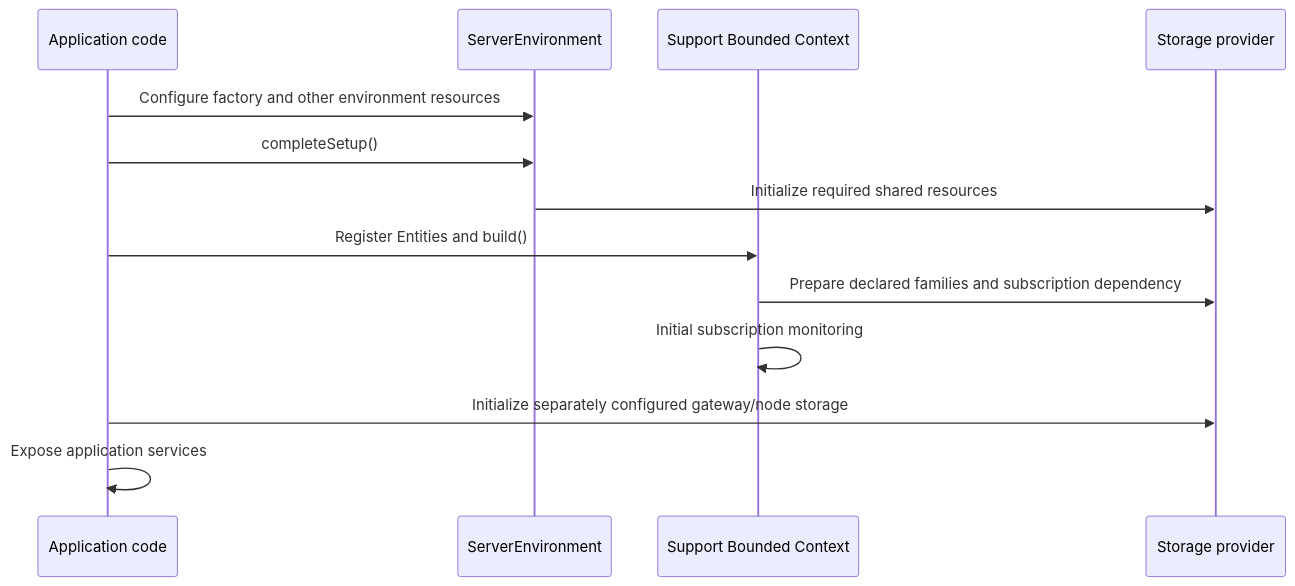
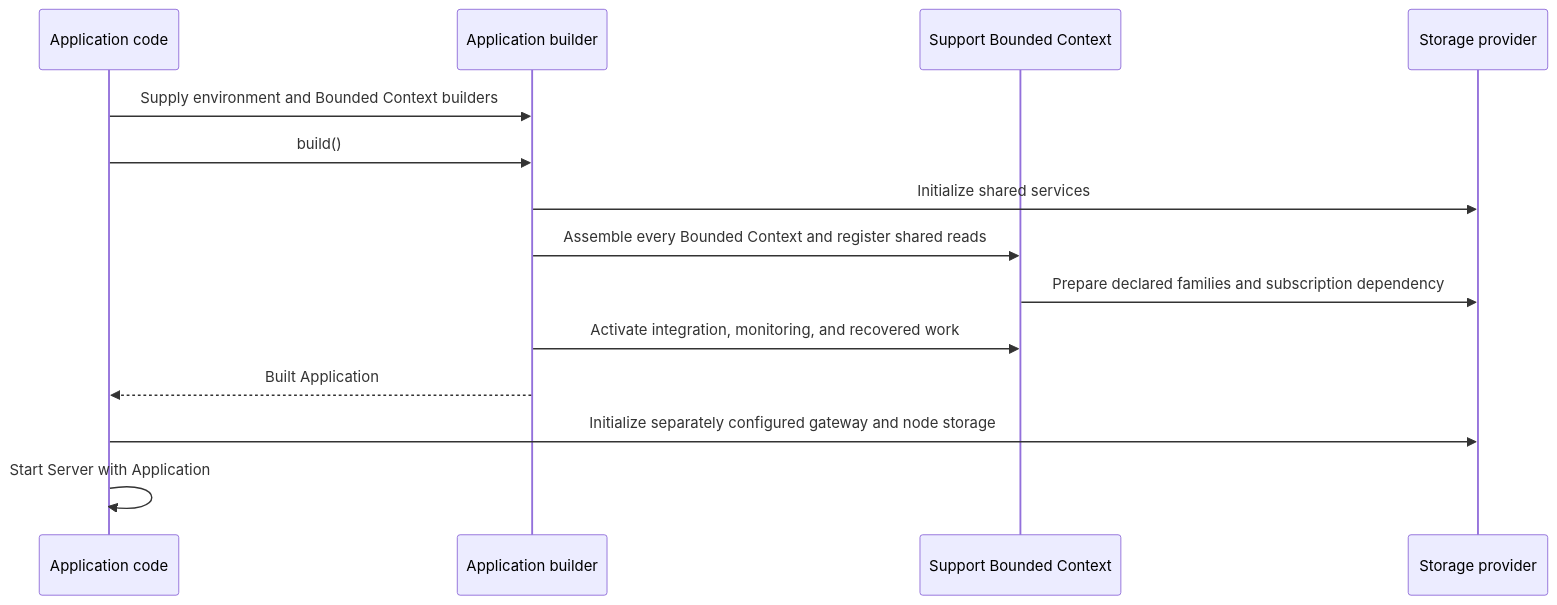
Before and after one commit to SpineEventEngine/spine-ts: the third of 3 diagrams in docs/STORAGE_LAYOUT.md, drawn with Mermaid. The commit also changed other lines of this file and 183 other files, not shown here.

````diff
--- a/docs/STORAGE_LAYOUT.md
+++ b/docs/STORAGE_LAYOUT.md
@@ -5358,15 +5379,16 @@
 ```mermaid
 sequenceDiagram
-  participant App as Application code
-  participant Env as ServerEnvironment
+  participant Host as Application code
+  participant App as Application builder
   participant BC as Support Bounded Context
   participant DB as Storage provider
-  App->>Env: Configure factory and other environment resources
-  App->>Env: completeSetup()
-  Env->>DB: Initialize required shared resources
-  App->>BC: Register Entities and build()
+  Host->>App: Supply environment and Bounded Context builders
+  Host->>App: build()
+  App->>DB: Initialize shared services
+  App->>BC: Assemble every Bounded Context and register shared reads
   BC->>DB: Prepare declared families and subscription dependency
-  BC->>BC: Initial subscription monitoring
-  App->>DB: Initialize separately configured gateway/node storage
-  App->>App: Expose application services
+  App->>BC: Activate integration, monitoring, and recovered work
+  App-->>Host: Built Application
+  Host->>DB: Initialize separately configured gateway and node storage
+  Host->>Host: Start Server with Application
 ```
````
